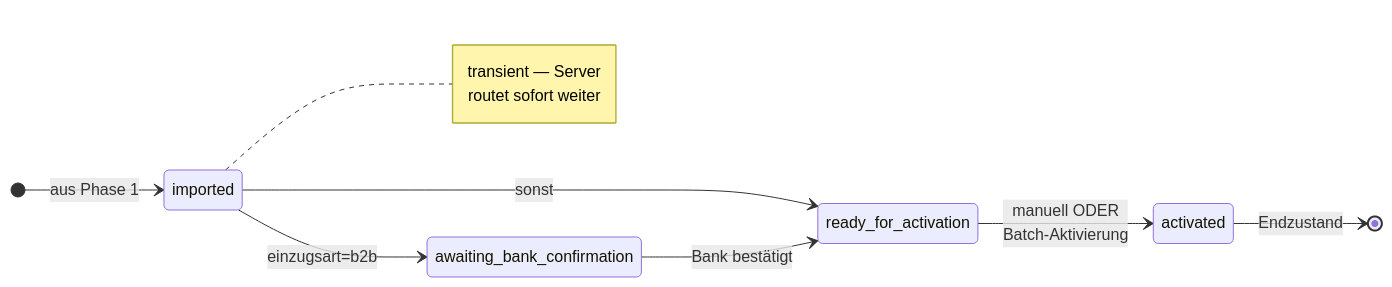
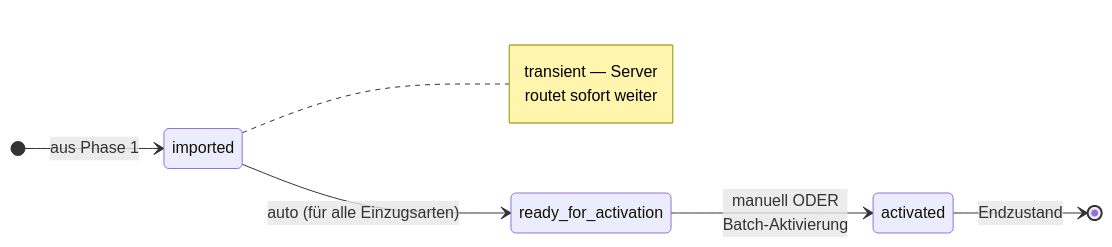
One commit to Marki4711/eegfaktura-member-onboarding changed the third of 3 diagrams in docs/user-guide/index.md. Above: the diagram before and after it, drawn with Mermaid. The commit also changed other lines of this file and 39 other files, not shown here.

````diff
--- a/docs/user-guide/index.md
+++ b/docs/user-guide/index.md
@@ -89,16 +89,14 @@
 ```mermaid
 stateDiagram-v2
     direction LR
     [*] --> imported: aus Phase 1
 
-    imported --> awaiting_bank_confirmation: einzugsart=b2b
-    imported --> ready_for_activation: sonst
-    awaiting_bank_confirmation --> ready_for_activation: Bank bestätigt
+    imported --> ready_for_activation: auto (für alle Einzugsarten)
     ready_for_activation --> activated: manuell ODER<br/>Batch-Aktivierung
 
     activated --> [*]: Endzustand
 
     note right of imported
         transient — Server<br/>routet sofort weiter
     end note
 ```
````
